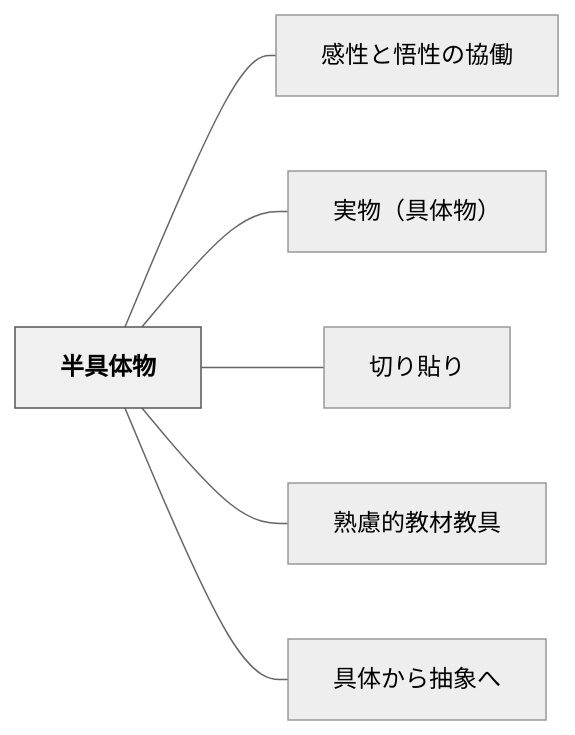
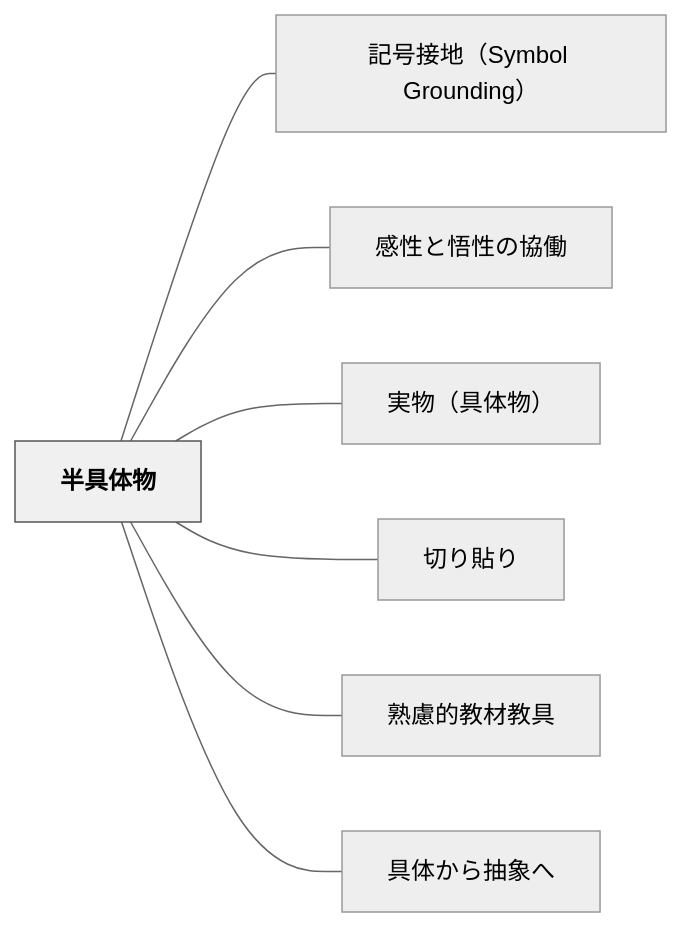
One commit to unknownthings-ed-patterns/unknownthings-ed-patterns changed the diagram in content/パタン/半具体物.md. Above: the diagram before and after it, drawn with Mermaid (neutral theme). The commit also changed other lines of this file and 185 other files, not shown here.

````diff
--- a/content/パタン/半具体物.md
+++ b/content/パタン/半具体物.md
@@ -54,18 +55,20 @@
 ```mermaid
 flowchart LR
     ne58d8ae585b7e4bd93e789a9["半具体物"]
+    ne8a898e58fb7e68ea5e59cb0efbc8853796d626f6c2047726f756e64696e67efbc89["記号接地（Symbol Grounding）"]
     ne6849fe680a7e381a8e6829fe680a7e381aee58d94e5838d["感性と悟性の協働"]
     ne5ae9fe789a9efbc88e585b7e4bd93e789a9efbc89["実物（具体物）"]
     ne58887e3828ae8b2bce3828a["切り貼り"]
     ne7869fe685aee79a84e69599e69d90e69599e585b7["熟慮的教材教具"]
     ne585b7e4bd93e3818be38289e68abde8b1a1e381b8["具体から抽象へ"]
 
+    ne58d8ae585b7e4bd93e789a9 --- ne8a898e58fb7e68ea5e59cb0efbc8853796d626f6c2047726f756e64696e67efbc89
     ne58d8ae585b7e4bd93e789a9 --- ne6849fe680a7e381a8e6829fe680a7e381aee58d94e5838d
     ne58d8ae585b7e4bd93e789a9 --- ne5ae9fe789a9efbc88e585b7e4bd93e789a9efbc89
     ne58d8ae585b7e4bd93e789a9 --- ne58887e3828ae8b2bce3828a
     ne58d8ae585b7e4bd93e789a9 --- ne7869fe685aee79a84e69599e69d90e69599e585b7
     ne58d8ae585b7e4bd93e789a9 --- ne585b7e4bd93e3818be38289e68abde8b1a1e381b8
 
     classDef hub fill:#f0f0f0,stroke:#555,color:#000,font-weight:bold
     class ne58d8ae585b7e4bd93e789a9 hub
 ```
````
